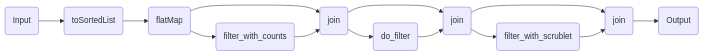
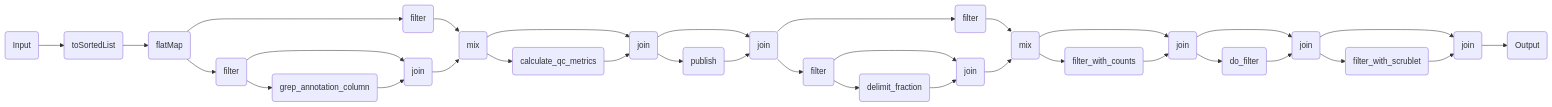
The diagram in components/workflows/multiomics/rna_singlesample.qmd (openpipelines-bio/website), drawn with Mermaid before and after one commit. The commit also changed other lines of this file and 95 other files, not shown here.

````diff
--- a/components/workflows/multiomics/rna_singlesample.qmd
+++ b/components/workflows/multiomics/rna_singlesample.qmd
@@ -131,27 +133,61 @@
 ```{mermaid}
 %%| column: screen-inset-shaded
 flowchart LR
-    p0(Input)
-    p3(toSortedList)
-    p5(flatMap)
-    p12(filter_with_counts)
-    p14(join)
-    p23(do_filter)
-    p25(join)
-    p34(filter_with_scrublet)
-    p36(join)
-    p44(Output)
-    p0-->p3
-    p3-->p5
-    p5-->p14
-    p5-->p12
-    p12-->p14
-    p14-->p25
-    p14-->p23
-    p23-->p25
-    p25-->p36
-    p25-->p34
-    p34-->p36
-    p36-->p44
+    v0(Input)
+    v2(toSortedList)
+    v4(flatMap)
+    v10(filter)
+    v16(grep_annotation_column)
+    v18(join)
+    v22(mix)
+    v21(filter)
+    v28(calculate_qc_metrics)
+    v30(join)
+    v38(publish)
+    v40(join)
+    v44(filter)
+    v51(delimit_fraction)
+    v53(join)
+    v57(mix)
+    v56(filter)
+    v63(filter_with_counts)
+    v65(join)
+    v74(do_filter)
+    v76(join)
+    v84(filter_with_scrublet)
+    v86(join)
+    v93(Output)
+    v21-->v22
+    v56-->v57
+    v0-->v2
+    v2-->v4
+    v4-->v10
+    v4-->v21
+    v10-->v18
+    v10-->v16
+    v16-->v18
+    v18-->v22
+    v22-->v30
+    v22-->v28
+    v28-->v30
+    v30-->v40
+    v30-->v38
+    v38-->v40
+    v40-->v44
+    v40-->v56
+    v44-->v53
+    v44-->v51
+    v51-->v53
+    v53-->v57
+    v57-->v65
+    v57-->v63
+    v63-->v65
+    v65-->v76
+    v65-->v74
+    v74-->v76
+    v76-->v86
+    v76-->v84
+    v84-->v86
+    v86-->v93
 
 ```
````
